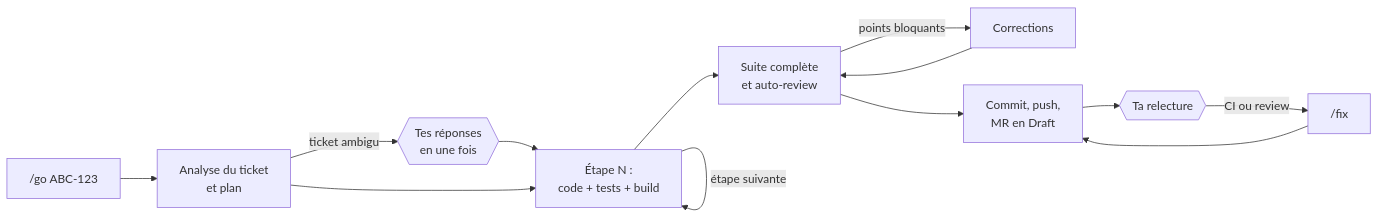
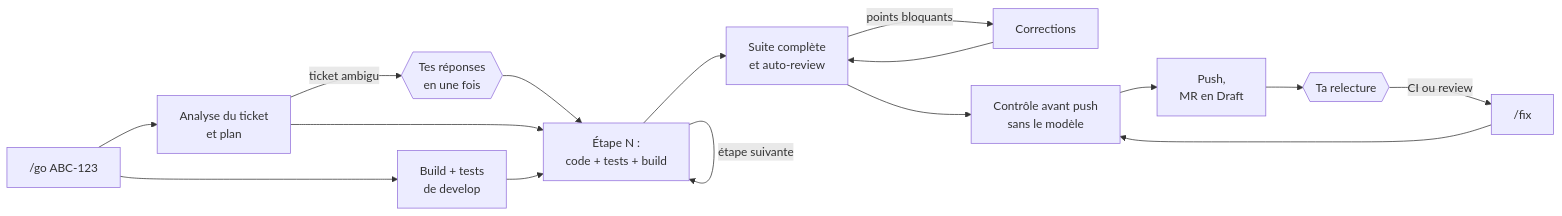
Before and after one commit to RabieDerouiche/OpenRDCode: the diagram in v2/README.md, drawn with Mermaid. The commit also changed other lines of this file and 27 other files, not shown here.

````diff
--- a/v2/README.md
+++ b/v2/README.md
@@ -39,15 +41,18 @@
 ```mermaid
 flowchart LR
   A["/go ABC-123"] --> B[Analyse du ticket<br>et plan]
+  A --> M[Build + tests<br>de develop]
   B -->|ticket ambigu| Q{{Tes réponses<br>en une fois}}
   Q --> C
   B --> C[Étape N :<br>code + tests + build]
+  M --> C
   C -->|étape suivante| C
   C --> D[Suite complète<br>et auto-review]
   D -->|points bloquants| E[Corrections]
   E --> D
-  D --> F[Commit, push,<br>MR en Draft]
+  D --> G[Contrôle avant push<br>sans le modèle]
+  G --> F[Push,<br>MR en Draft]
   F --> R{{Ta relecture}}
-  R -->|CI ou review| G["/fix"]
-  G --> F
+  R -->|CI ou review| X["/fix"]
+  X --> G
 ```
````
